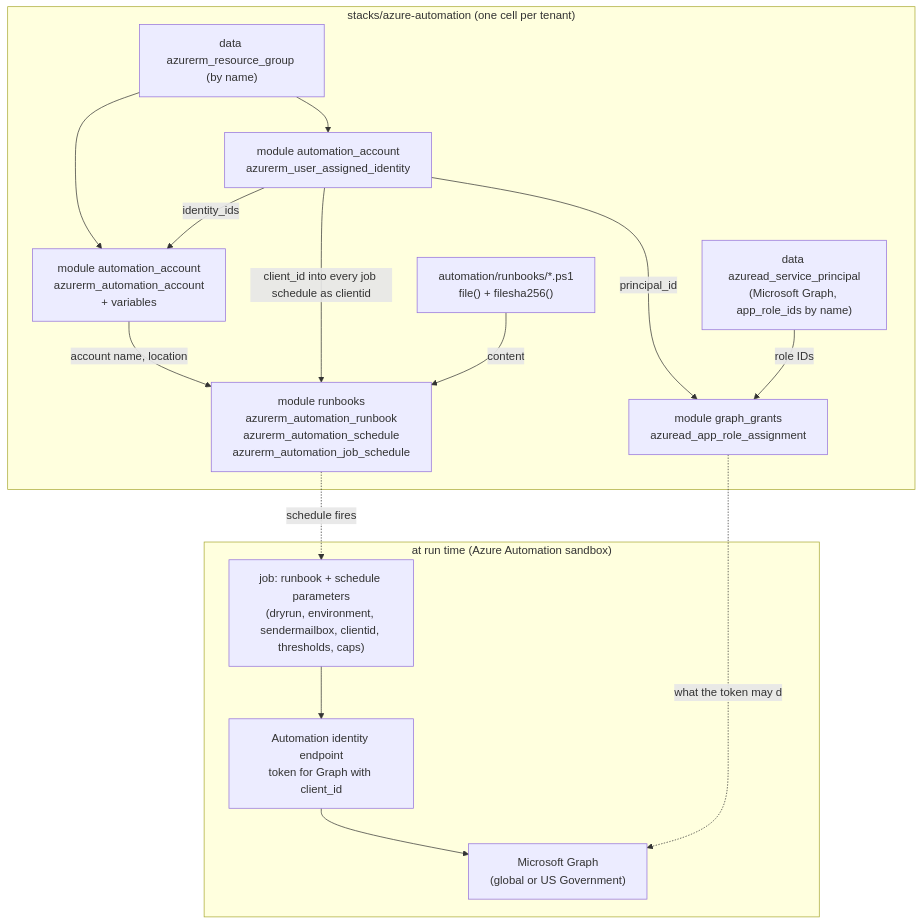
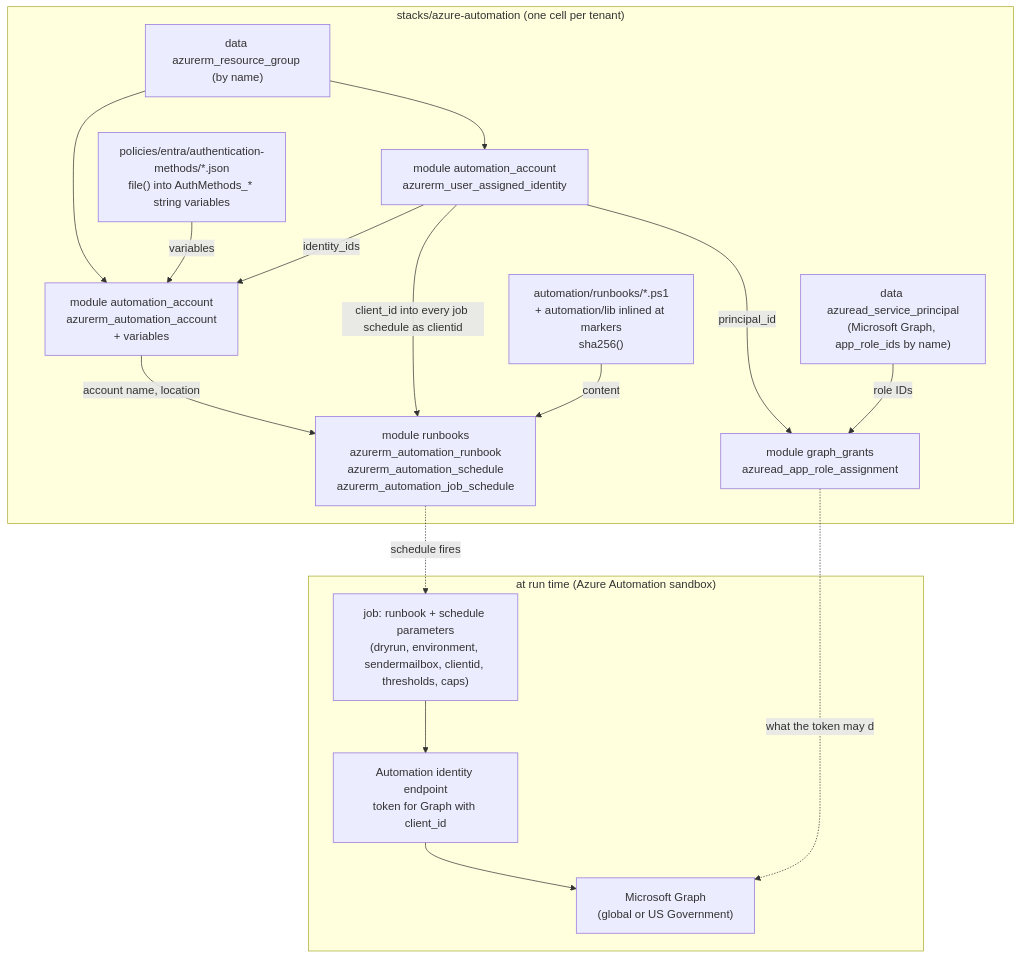
The fourth of 6 diagrams in docs/architecture.md (AdamFields1/identity-as-code), drawn with Mermaid before and after one commit. The commit also changed other lines of this file and 28 other files, not shown here.

````diff
--- a/docs/architecture.md
+++ b/docs/architecture.md
@@ -221,30 +247,32 @@
 ```mermaid
 flowchart TB
   subgraph auto["stacks/azure-automation (one cell per tenant)"]
     RG["data azurerm_resource_group (by name)"]
     UAI["module automation_account\nazurerm_user_assigned_identity"]
     AA["module automation_account\nazurerm_automation_account\n+ variables"]
-    FILES["automation/runbooks/*.ps1\nfile() + filesha256()"]
+    FILES["automation/runbooks/*.ps1\n+ automation/lib inlined at markers\nsha256()"]
+    DS["policies/entra/authentication-methods/*.json\nfile() into AuthMethods_* string variables"]
     RBK["module runbooks\nazurerm_automation_runbook\nazurerm_automation_schedule\nazurerm_automation_job_schedule"]
     GSP["data azuread_service_principal\n(Microsoft Graph, app_role_ids by name)"]
     GRANT["module graph_grants\nazuread_app_role_assignment"]
     RG --> UAI
     RG --> AA
+    DS -->|variables| AA
     UAI -->|identity_ids| AA
     AA -->|account name, location| RBK
     UAI -->|client_id into every job schedule as clientid| RBK
     FILES -->|content| RBK
     UAI -->|principal_id| GRANT
     GSP -->|role IDs| GRANT
   end
 
   subgraph run["at run time (Azure Automation sandbox)"]
     JOB["job: runbook + schedule parameters\n(dryrun, environment, sendermailbox, clientid, thresholds, caps)"]
     IDE["Automation identity endpoint\ntoken for Graph with client_id"]
     GRAPH["Microsoft Graph\n(global or US Government)"]
     JOB --> IDE --> GRAPH
   end
 
   RBK -.schedule fires.-> JOB
   GRANT -.what the token may do.-> GRAPH
 ```
````
